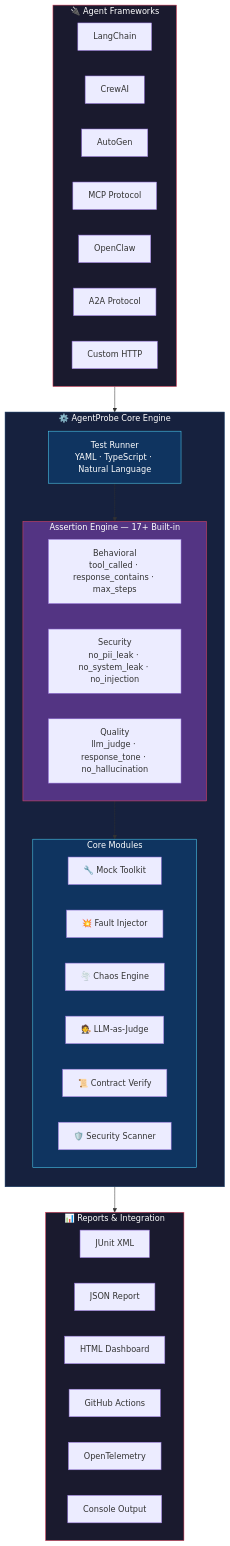
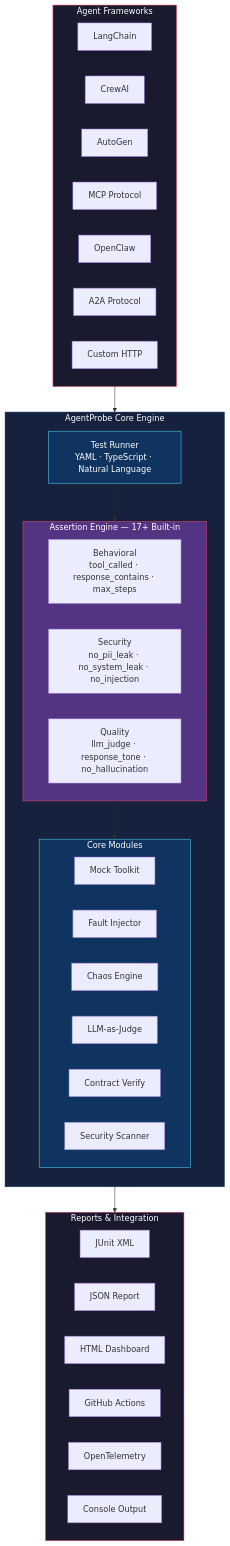
The first of 2 diagrams in README.md (NeuZhou/agentprobe), drawn with Mermaid before and after one commit. The commit also changed other lines of this file, not shown here.

````diff
--- a/README.md
+++ b/README.md
@@ -350,51 +350,51 @@
 ```mermaid
 graph TB
-    subgraph Input["🔌 Agent Frameworks"]
+    subgraph Input["Agent Frameworks"]
         LangChain[LangChain]
         CrewAI[CrewAI]
         AutoGen[AutoGen]
         MCP[MCP Protocol]
         OpenClaw[OpenClaw]
         A2A[A2A Protocol]
         Custom[Custom HTTP]
     end
 
-    subgraph Core["⚙️ AgentProbe Core Engine"]
+    subgraph Core["AgentProbe Core Engine"]
         direction TB
         Runner[Test Runner<br/>YAML · TypeScript · Natural Language]
         Runner --> Assertions
         subgraph Assertions["Assertion Engine — 17+ Built-in"]
             BehaviorA[Behavioral<br/>tool_called · response_contains · max_steps]
             SecurityA[Security<br/>no_pii_leak · no_system_leak · no_injection]
             QualityA[Quality<br/>llm_judge · response_tone · no_hallucination]
         end
         Assertions --> Modules
         subgraph Modules["Core Modules"]
-            Mocks[🔧 Mock Toolkit]
-            Faults[💥 Fault Injector]
-            Chaos[🌪️ Chaos Engine]
-            Judge[🧑‍⚖️ LLM-as-Judge]
-            Contracts[📜 Contract Verify]
-            Security[🛡️ Security Scanner]
+            Mocks[Mock Toolkit]
+            Faults[Fault Injector]
+            Chaos[Chaos Engine]
+            Judge[LLM-as-Judge]
+            Contracts[Contract Verify]
+            Security[Security Scanner]
         end
     end
 
-    subgraph Output["📊 Reports & Integration"]
+    subgraph Output["Reports & Integration"]
         JUnit[JUnit XML]
         JSON[JSON Report]
         HTML[HTML Dashboard]
         GHA[GitHub Actions]
         OTel[OpenTelemetry]
         Console[Console Output]
     end
 
     Input --> Runner
     Modules --> Output
 
     style Input fill:#1a1a2e,stroke:#e94560,color:#fff
     style Core fill:#16213e,stroke:#0f3460,color:#fff
     style Output fill:#1a1a2e,stroke:#e94560,color:#fff
     style Runner fill:#0f3460,stroke:#53d8fb,color:#fff
     style Assertions fill:#533483,stroke:#e94560,color:#fff
     style Modules fill:#0f3460,stroke:#53d8fb,color:#fff
 ```
````
